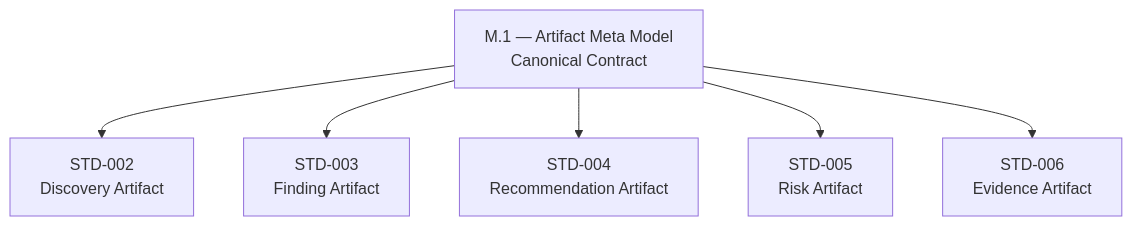
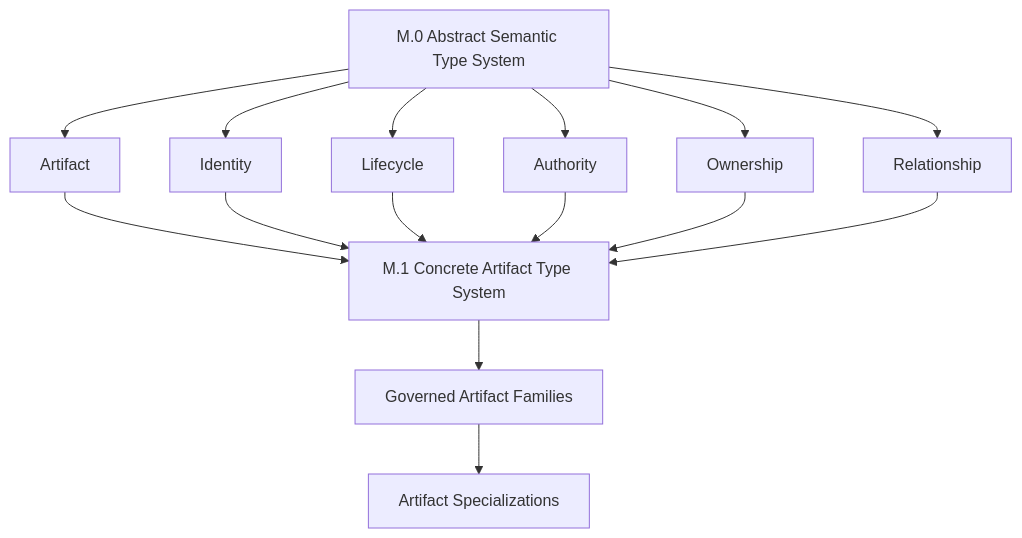
Before and after one commit to doallon/forge-ai: the second of 13 diagrams in docs/AI/Meta/M.1-Artifact-Meta-Model.md, drawn with Mermaid. The commit also changed other lines of this file, not shown here.

Commit message:
Align M.1 artifact meta model

````diff
--- a/docs/AI/Meta/M.1-Artifact-Meta-Model.md
+++ b/docs/AI/Meta/M.1-Artifact-Meta-Model.md
@@ -175,9 +159,17 @@
 ```mermaid
 graph TD
-    M1["M.1 — Artifact Meta Model<br/>Canonical Contract"]
-    M1 --> STD002["STD-002<br/>Discovery Artifact"]
-    M1 --> STD003["STD-003<br/>Finding Artifact"]
-    M1 --> STD004["STD-004<br/>Recommendation Artifact"]
-    M1 --> STD005["STD-005<br/>Risk Artifact"]
-    M1 --> STD006["STD-006<br/>Evidence Artifact"]
+    M0["M.0 Abstract Semantic Type System"] --> ART["Artifact"]
+    M0 --> ID["Identity"]
+    M0 --> LIFE["Lifecycle"]
+    M0 --> AUTH["Authority"]
+    M0 --> OWN["Ownership"]
+    M0 --> REL["Relationship"]
+    ART --> M1["M.1 Concrete Artifact Type System"]
+    ID --> M1
+    LIFE --> M1
+    AUTH --> M1
+    OWN --> M1
+    REL --> M1
+    M1 --> FAM["Governed Artifact Families"]
+    FAM --> SPEC["Artifact Specializations"]
 ```
````
